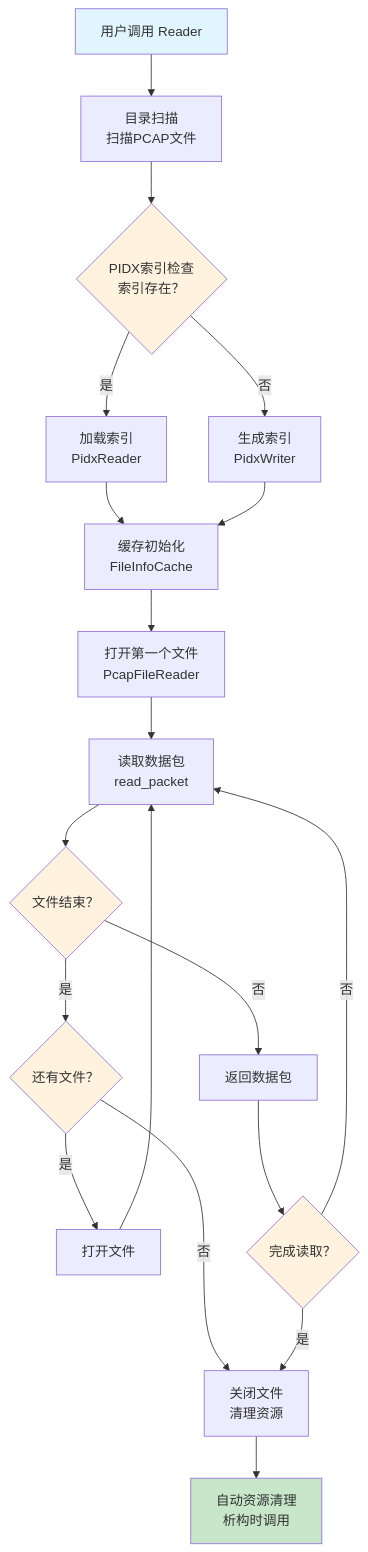
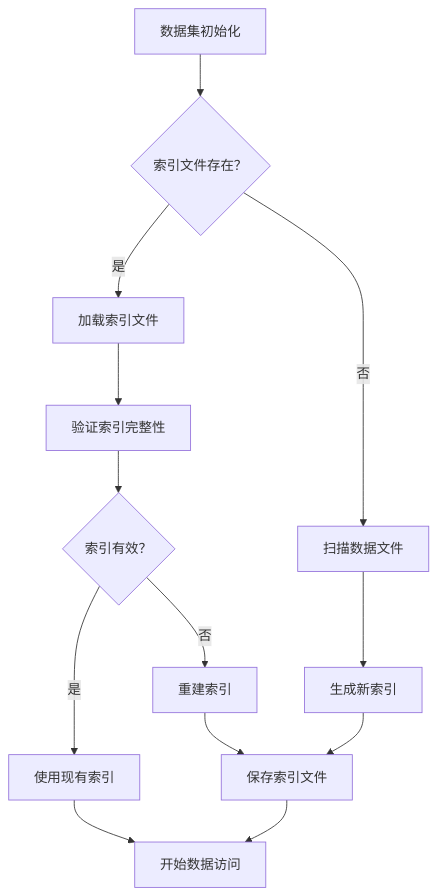
Before and after one commit to Zoranner/pcapfile-io: the third of 3 diagrams in docs/INTERNAL_DESIGN.md, drawn with Mermaid. The commit also changed other lines of this file and 8 other files, not shown here.

````diff
--- a/docs/INTERNAL_DESIGN.md
+++ b/docs/INTERNAL_DESIGN.md
@@ -192,28 +305,15 @@
 ```mermaid
 flowchart TD
-    A[用户调用 Reader] --> B[目录扫描<br/>扫描PCAP文件]
-    B --> C{PIDX索引检查<br/>索引存在？}
-    C -->|是| D[加载索引<br/>PidxReader]
-    C -->|否| E[生成索引<br/>PidxWriter]
-    D --> F[缓存初始化<br/>FileInfoCache]
-    E --> F
-    F --> G[打开第一个文件<br/>PcapFileReader]
-    G --> H[读取数据包<br/>read_packet]
-    H --> I{文件结束？}
-    I -->|是| J{还有文件？}
-    I -->|否| K[返回数据包]
-    J -->|是| L[打开文件]
-    J -->|否| M[关闭文件<br/>清理资源]
-    L --> H
-    K --> N{完成读取？}
-    N -->|是| M
-    N -->|否| H
-    M --> O[自动资源清理<br/>析构时调用]
-    
-    style A fill:#e1f5fe
-    style O fill:#c8e6c9
-    style C fill:#fff3e0
-    style I fill:#fff3e0
-    style J fill:#fff3e0
-    style N fill:#fff3e0
+    A[数据集初始化] --> B{索引文件存在？}
+    B -->|是| C[加载索引文件]
+    B -->|否| D[扫描数据文件]
+    C --> E[验证索引完整性]
+    D --> F[生成新索引]
+    E --> G{索引有效？}
+    G -->|是| H[使用现有索引]
+    G -->|否| I[重建索引]
+    F --> J[保存索引文件]
+    I --> J
+    H --> K[开始数据访问]
+    J --> K
 ```
````
